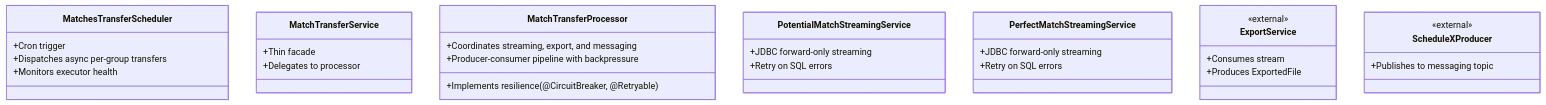
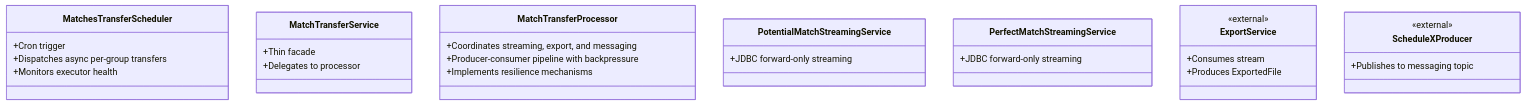
The fifth of 10 diagrams in docs/High Level Designs/MatchesTransfer.md (kagit00/schedule_x), drawn with Mermaid before and after one commit. The commit also changed other lines of this file and 7 other files, not shown here.

````diff
--- a/docs/High Level Designs/MatchesTransfer.md
+++ b/docs/High Level Designs/MatchesTransfer.md
@@ -125,40 +127,38 @@
 ```mermaid
 classDiagram
     class MatchesTransferScheduler {
         +Cron trigger
         +Dispatches async per-group transfers
         +Monitors executor health
     }
 
     class MatchTransferService {
         +Thin facade
         +Delegates to processor
     }
 
     class MatchTransferProcessor {
         +Coordinates streaming, export, and messaging
         +Producer-consumer pipeline with backpressure
-        +Implements resilience (@CircuitBreaker, @Retryable)
+        +Implements resilience mechanisms
     }
 
     class PotentialMatchStreamingService {
         +JDBC forward-only streaming
-        +Retry on SQL errors
     }
 
     class PerfectMatchStreamingService {
         +JDBC forward-only streaming
-        +Retry on SQL errors
     }
 
     class ExportService {
         <<external>>
         +Consumes stream
         +Produces ExportedFile
     }
 
     class ScheduleXProducer {
         <<external>>
         +Publishes to messaging topic
     }
 ```
````
